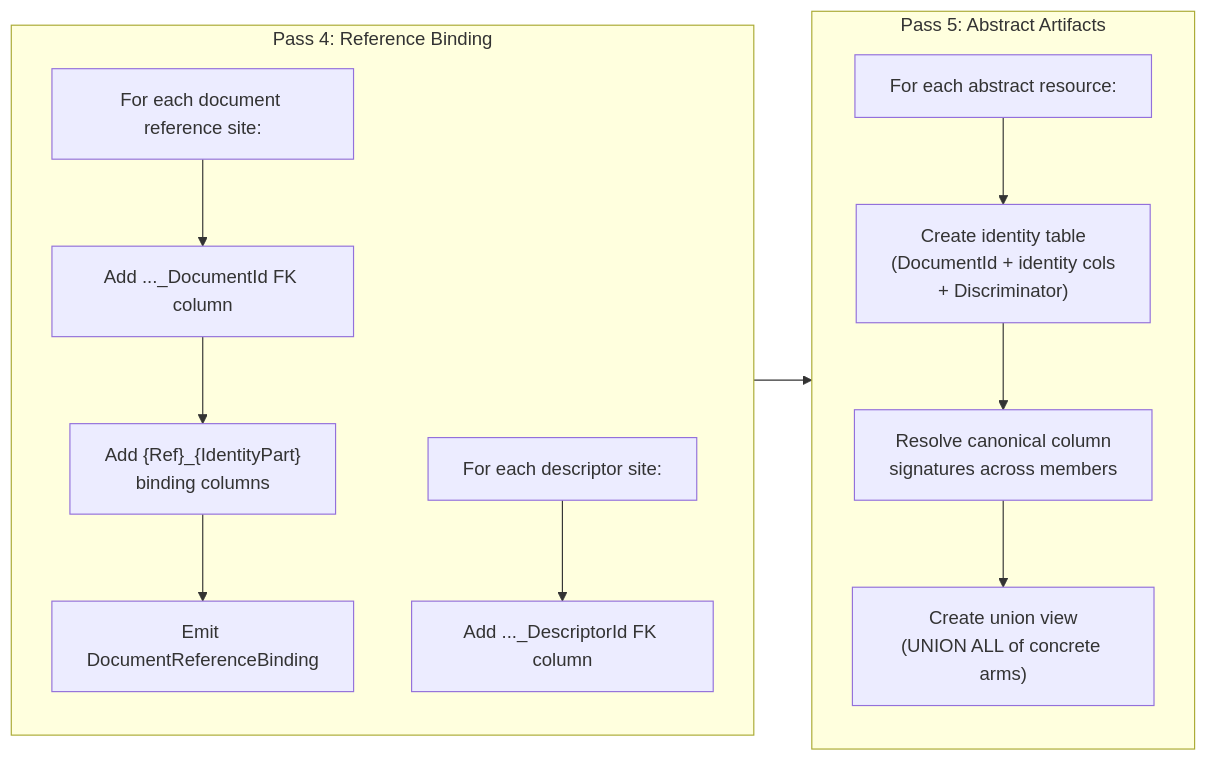
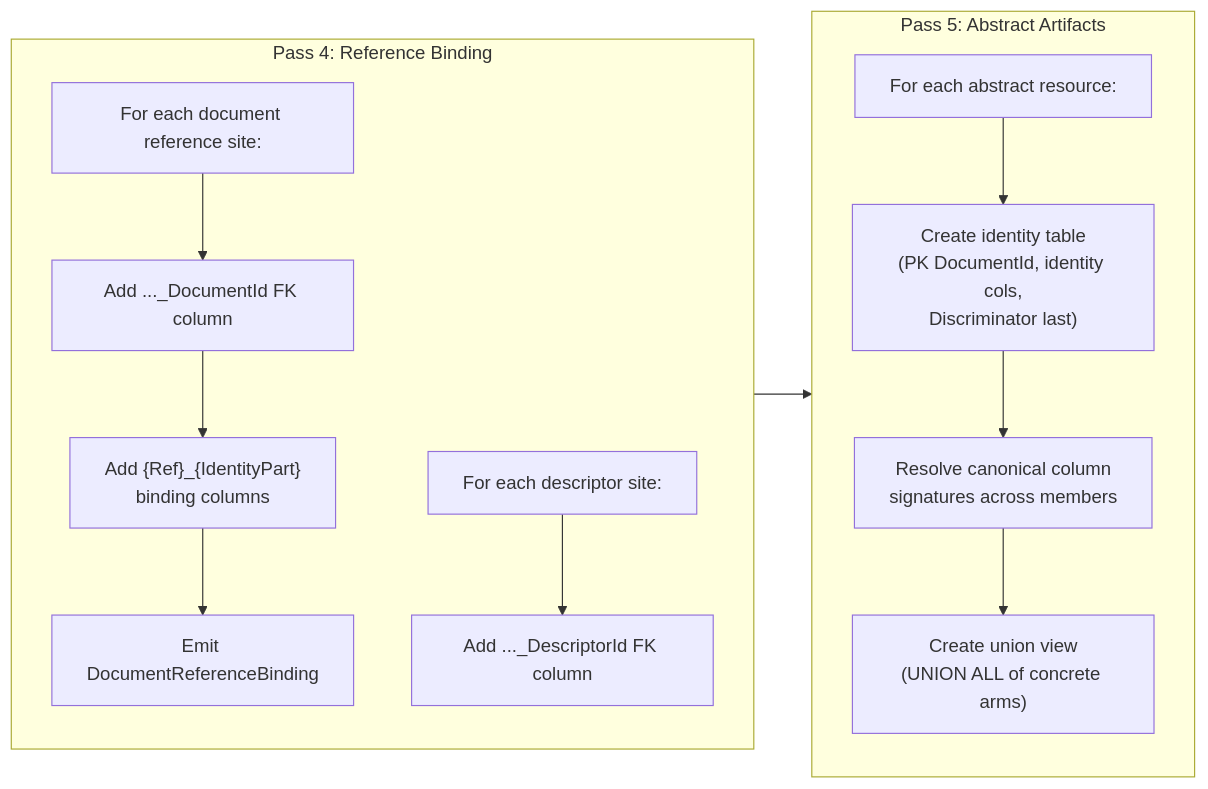
Diagram 13 of 16 in reference/design/backend-redesign/presentations/relational-model-presentation.md (Ed-Fi-Alliance-OSS/Data-Management-Service), drawn with Mermaid before and after one commit. The commit also changed 5 other files, not shown here.

````diff
--- a/reference/design/backend-redesign/presentations/relational-model-presentation.md
+++ b/reference/design/backend-redesign/presentations/relational-model-presentation.md
@@ -571,25 +571,25 @@
 ```mermaid
 flowchart LR
     subgraph P4["Pass 4: Reference Binding"]
         direction TB
         P4A["For each document reference site:"]
         P4B["Add ..._DocumentId FK column"]
         P4C["Add {Ref}_{IdentityPart}<br/>binding columns"]
         P4D["Emit DocumentReferenceBinding"]
         P4E["For each descriptor site:"]
         P4F["Add ..._DescriptorId FK column"]
         P4A --> P4B --> P4C --> P4D
         P4E --> P4F
     end
 
     subgraph P5["Pass 5: Abstract Artifacts"]
         direction TB
         P5A["For each abstract resource:"]
-        P5B["Create identity table<br/>(DocumentId + identity cols<br/>+ Discriminator)"]
+        P5B["Create identity table<br/>(PK DocumentId, identity cols,<br/>Discriminator last)"]
         P5C["Resolve canonical column<br/>signatures across members"]
         P5D["Create union view<br/>(UNION ALL of concrete arms)"]
         P5A --> P5B --> P5C --> P5D
     end
 
     P4 --> P5
 ```
````
